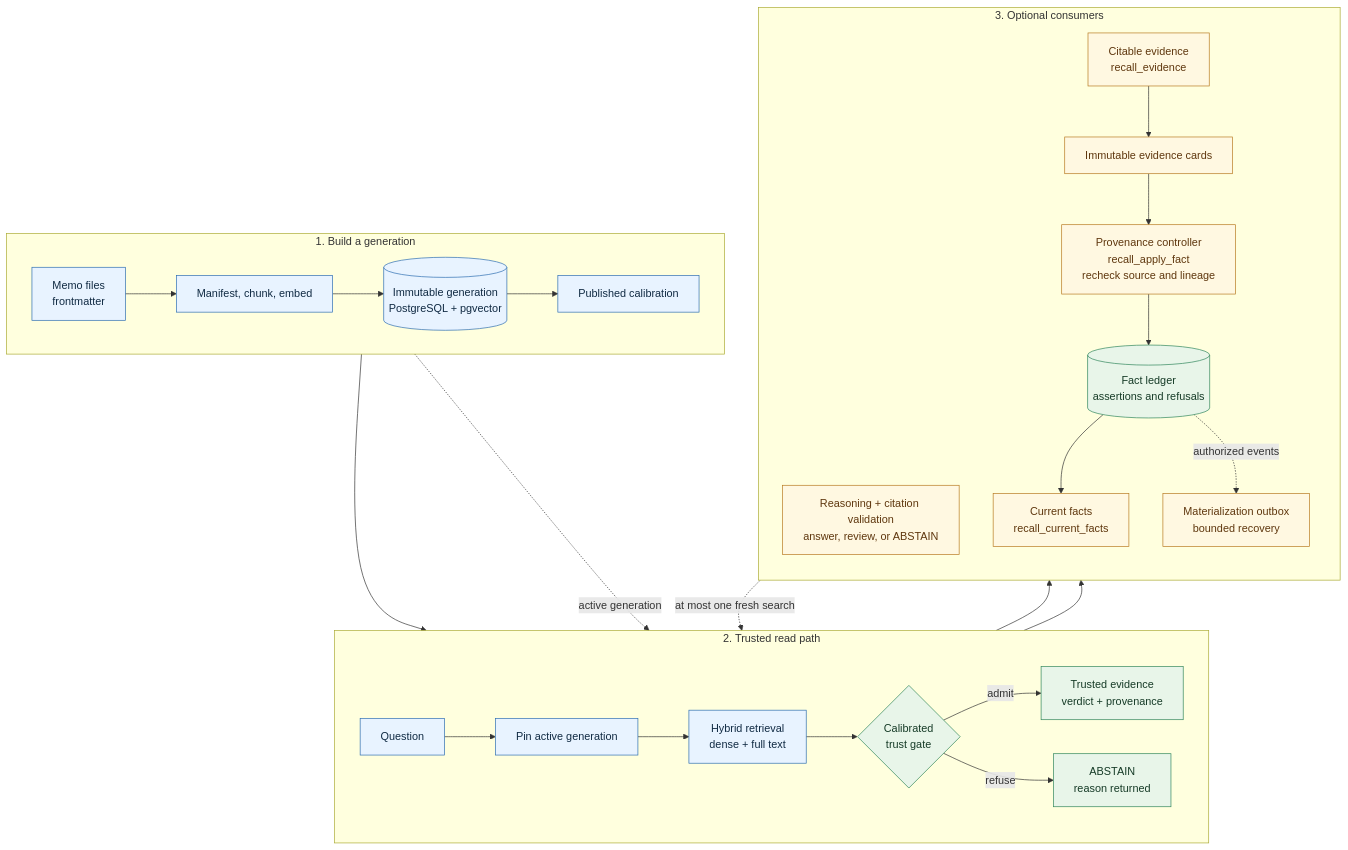
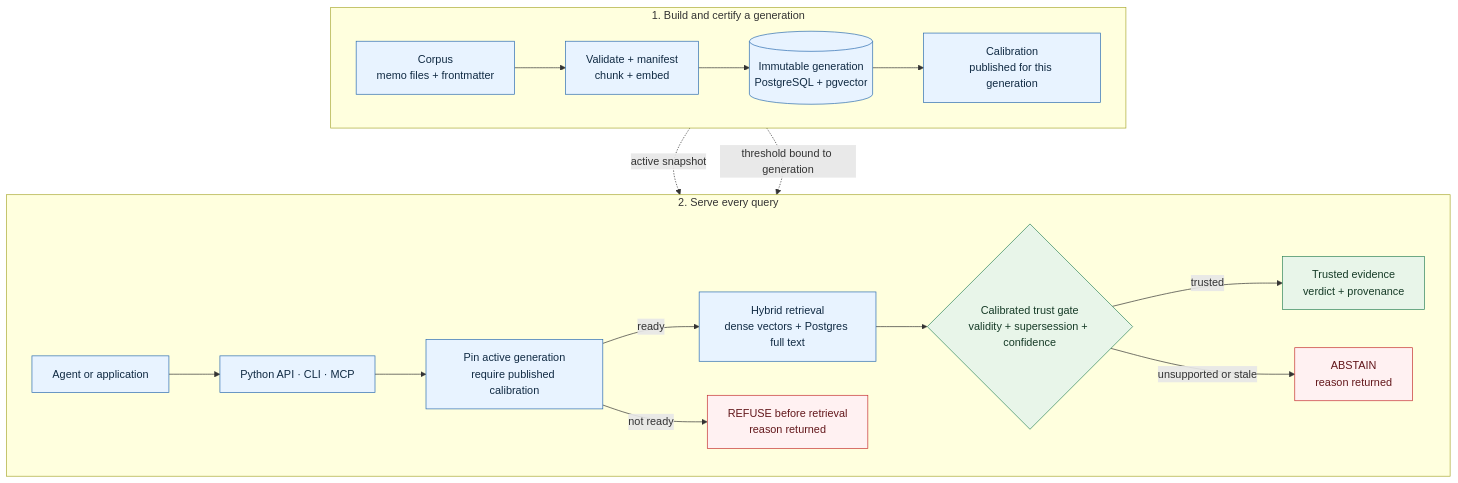
One commit to GiulioDER/RE-call changed the first of 2 diagrams in README.md. Above: the diagram before and after it, drawn with Mermaid. The commit also changed other lines of this file, not shown here.

First line of the commit message:
docs: clarify README architecture and opt-in modules (#600)

````diff
--- a/README.md
+++ b/README.md
@@ -51,40 +53,30 @@
 ```mermaid
 flowchart TB
-    subgraph BUILD["1. Build a generation"]
+    subgraph BUILD["1. Build and certify a generation"]
         direction LR
-        SOURCE["Memo files<br/>frontmatter"] --> INDEX["Manifest, chunk, embed"]
-        INDEX --> GEN[("Immutable generation<br/>PostgreSQL + pgvector")]
-        GEN --> CAL["Published calibration"]
+        SOURCE["Corpus<br/>memo files + frontmatter"] --> PREP["Validate + manifest<br/>chunk + embed"]
+        PREP --> GEN[("Immutable generation<br/>PostgreSQL + pgvector")]
+        GEN --> CAL["Calibration<br/>published for this generation"]
     end
 
-    subgraph READ["2. Trusted read path"]
+    subgraph READ["2. Serve every query"]
         direction LR
-        QUESTION["Question"] --> PIN["Pin active generation"]
-        PIN --> RETRIEVE["Hybrid retrieval<br/>dense + full text"]
-        RETRIEVE --> GATE{"Calibrated<br/>trust gate"}
-        CAL --> GATE
-        GATE -->|"admit"| TRUSTED["Trusted evidence<br/>verdict + provenance"]
-        GATE -->|"refuse"| ABSTAIN["ABSTAIN<br/>reason returned"]
+        CLIENT["Agent or application"] --> ACCESS["Python API · CLI · MCP"]
+        ACCESS --> PRECHECK["Pin active generation<br/>require published calibration"]
+        PRECHECK -->|"ready"| RETRIEVE["Hybrid retrieval<br/>dense vectors + Postgres full text"]
+        PRECHECK -->|"not ready"| REFUSE["REFUSE before retrieval<br/>reason returned"]
+        RETRIEVE --> GATE{"Calibrated trust gate<br/>validity + supersession + confidence"}
+        GATE -->|"trusted"| TRUSTED["Trusted evidence<br/>verdict + provenance"]
+        GATE -->|"unsupported or stale"| ABSTAIN["ABSTAIN<br/>reason returned"]
     end
 
-    subgraph OUTPUTS["3. Optional consumers"]
-        direction TB
-        TRUSTED --> ANSWER["Reasoning + citation validation<br/>answer, review, or ABSTAIN"]
-        TRUSTED --> EVIDENCE["Citable evidence<br/>recall_evidence"]
-        EVIDENCE --> CARDS["Immutable evidence cards"]
-        CARDS --> CONTROLLER["Provenance controller<br/>recall_apply_fact<br/>recheck source and lineage"]
-        CONTROLLER --> LEDGER[("Fact ledger<br/>assertions and refusals")]
-        LEDGER --> CURRENT["Current facts<br/>recall_current_facts"]
-        LEDGER -. "authorized events" .-> OUTBOX["Materialization outbox<br/>bounded recovery"]
-    end
+    GEN -. "active snapshot" .-> PRECHECK
+    CAL -. "threshold bound to generation" .-> PRECHECK
 
-    CONTROLLER -. "at most one fresh search" .-> RETRIEVE
-    GEN -. "active generation" .-> PIN
-
-    classDef defaultPath fill:#e8f3ff,stroke:#2b6cb0,color:#102a43,stroke-width:1px;
-    classDef optionalPath fill:#fff8e1,stroke:#b7791f,color:#5f370e,stroke-width:1px;
-    classDef trustPath fill:#e8f5e9,stroke:#2f855a,color:#163b27,stroke-width:1px;
-    class SOURCE,INDEX,GEN,CAL,QUESTION,PIN,RETRIEVE defaultPath;
-    class ANSWER,EVIDENCE,CARDS,CONTROLLER,CURRENT,OUTBOX optionalPath;
-    class ABSTAIN,GATE,TRUSTED,LEDGER trustPath;
+    classDef core fill:#e8f3ff,stroke:#2b6cb0,color:#102a43,stroke-width:1px;
+    classDef trust fill:#e8f5e9,stroke:#2f855a,color:#163b27,stroke-width:1px;
+    classDef stop fill:#fff1f2,stroke:#c53030,color:#63171b,stroke-width:1px;
+    class SOURCE,PREP,GEN,CAL,CLIENT,ACCESS,PRECHECK,RETRIEVE core;
+    class GATE,TRUSTED trust;
+    class REFUSE,ABSTAIN stop;
 ```
````
